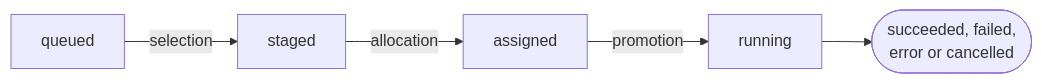
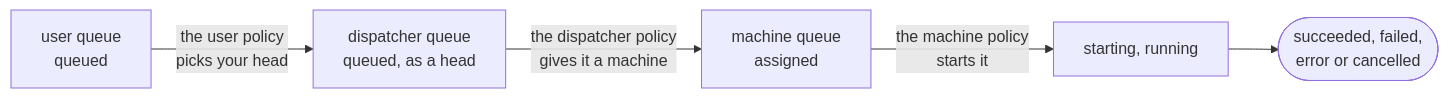
The first of 2 diagrams in book/src/how/queue.md (gustaleitcor/maestro-cli), drawn with Mermaid before and after one commit. The commit also changed other lines of this file and 27 other files, not shown here.

````diff
--- a/book/src/how/queue.md
+++ b/book/src/how/queue.md
@@ -13,7 +13,7 @@
 ```mermaid
 flowchart LR
-    q[queued] -- "selection" --> s[staged]
-    s -- "allocation" --> a[assigned]
-    a -- "promotion" --> r[running]
+    u["user queue<br/>queued"] -- "the user policy<br/>picks your head" --> d["dispatcher queue<br/>queued, as a head"]
+    d -- "the dispatcher policy<br/>gives it a machine" --> m["machine queue<br/>assigned"]
+    m -- "the machine policy<br/>starts it" --> r[starting, running]
     r --> e(["succeeded, failed,<br/>error or cancelled"])
 ```
````
